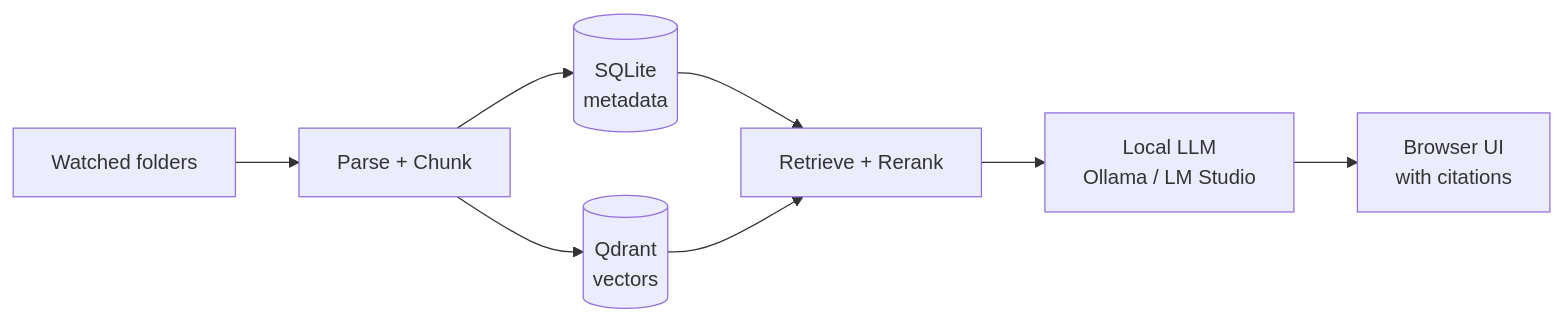
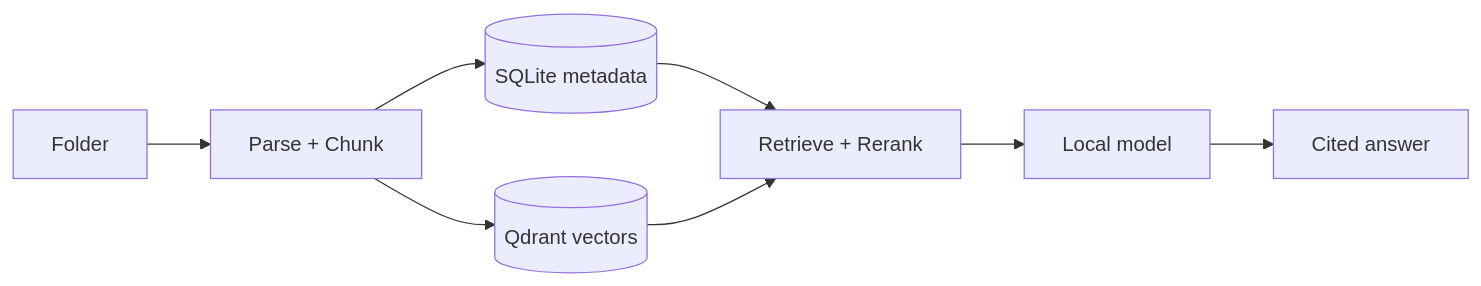
The diagram in README.md (lingengyuan/docflow), drawn with Mermaid before and after one commit. The commit also changed other lines of this file and 1 other file, not shown here.

````diff
--- a/README.md
+++ b/README.md
@@ -38,10 +62,10 @@
 ```mermaid
 flowchart LR
-    A[Watched folders] --> B[Parse + Chunk]
-    B --> C[(SQLite<br>metadata)]
-    B --> D[(Qdrant<br>vectors)]
+    A[Folder] --> B[Parse + Chunk]
+    B --> C[(SQLite metadata)]
+    B --> D[(Qdrant vectors)]
     C --> E[Retrieve + Rerank]
     D --> E
-    E --> F[Local LLM<br>Ollama / LM Studio]
-    F --> G[Browser UI<br>with citations]
+    E --> F[Local model]
+    F --> G[Cited answer]
 ```
````
